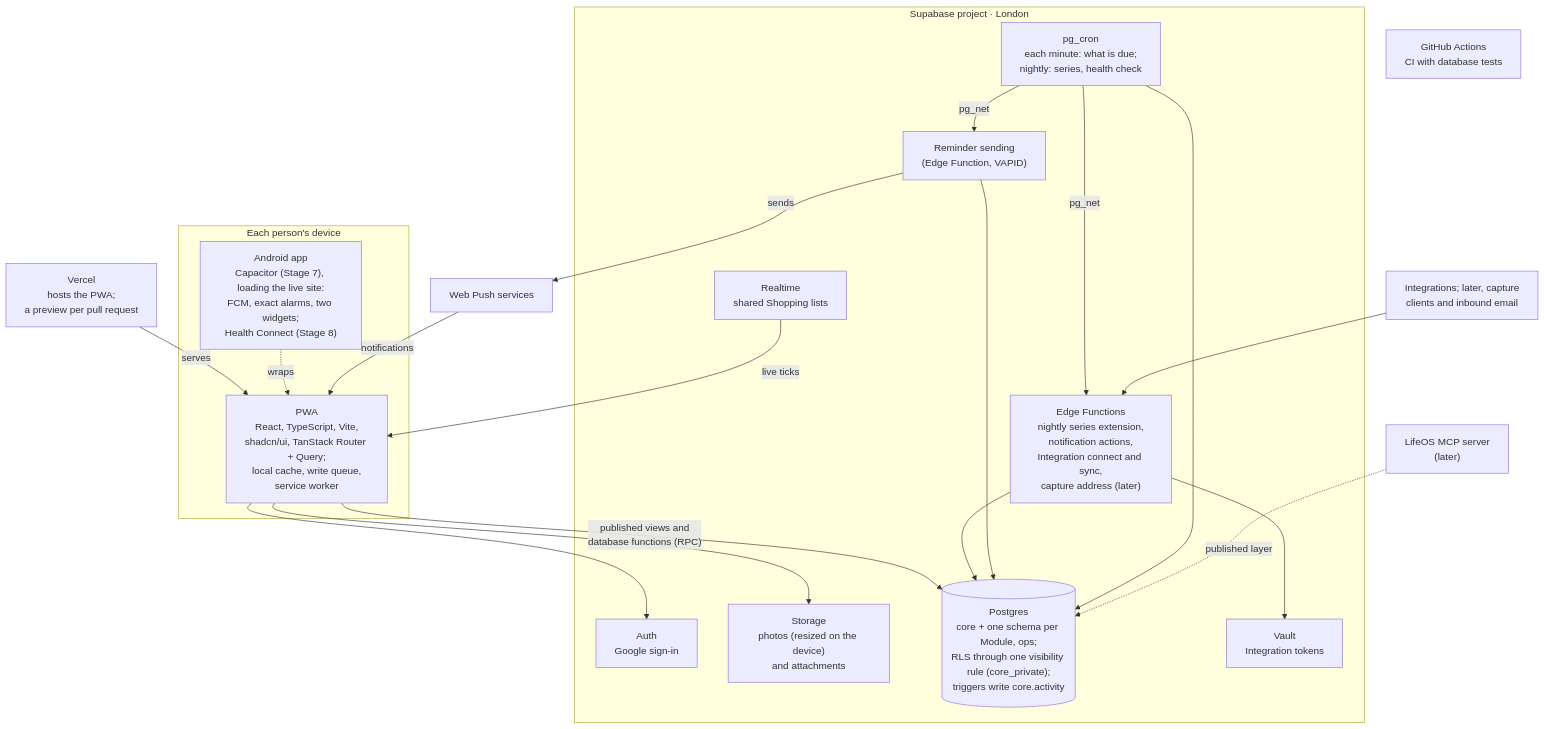
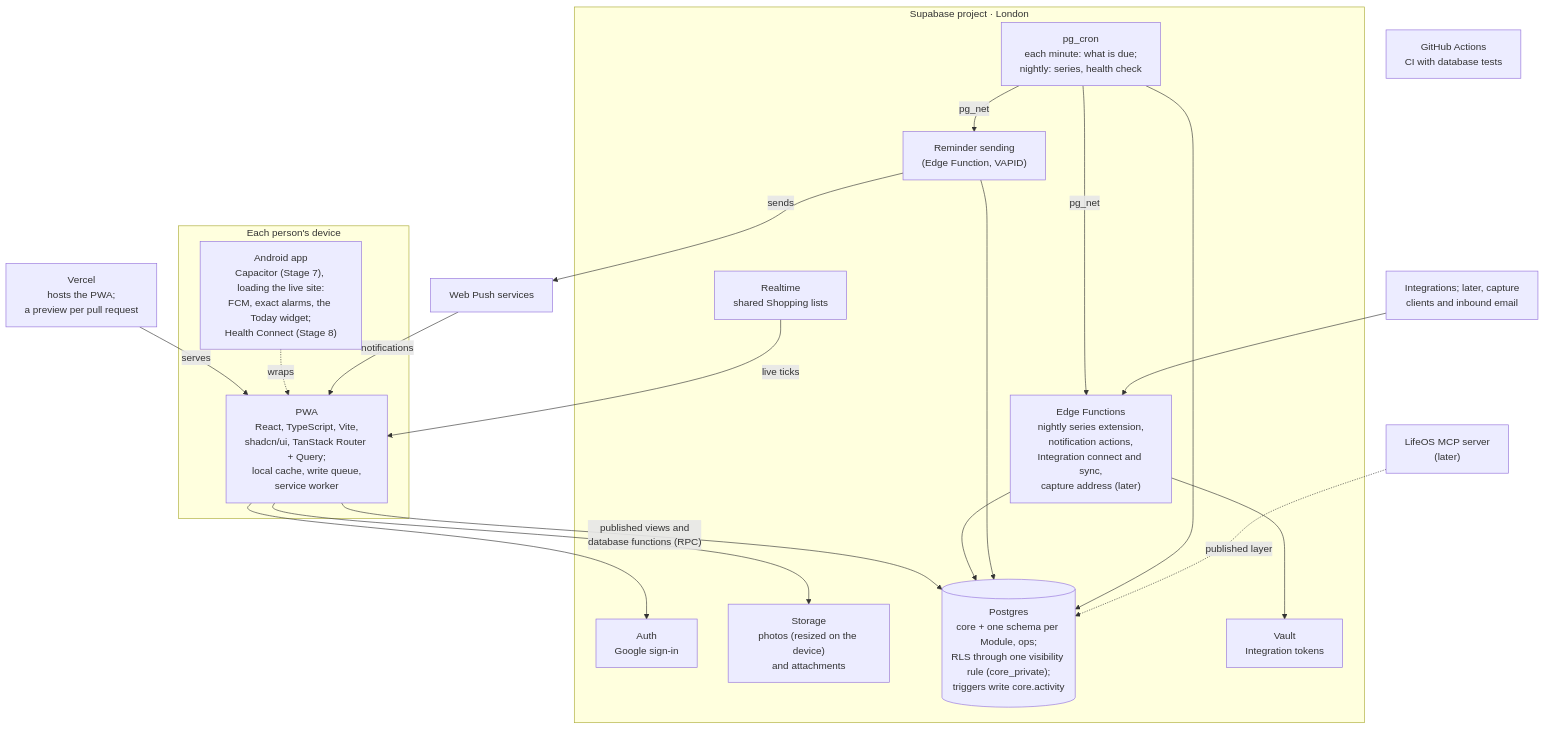
One commit to joestables/lifeos changed the second of 2 diagrams in docs/20-architecture/overview.md. Above: the diagram before and after it, drawn with Mermaid. The commit also changed 8 other files, not shown here.

First line of the commit message:
Stage 7: the Thought widget deferred; Today with "+"

````diff
--- a/docs/20-architecture/overview.md
+++ b/docs/20-architecture/overview.md
@@ -42,42 +42,42 @@
 ```mermaid
 flowchart TB
   vercel["Vercel<br/>hosts the PWA;<br/>a preview per pull request"]
   pushsvc["Web Push services"]
 
   subgraph device["Each person's device"]
     pwa["PWA<br/>React, TypeScript, Vite,<br/>shadcn/ui, TanStack Router + Query;<br/>local cache, write queue,<br/>service worker"]
-    android["Android app<br/>Capacitor (Stage 7), loading the live site:<br/>FCM, exact alarms, two widgets;<br/>Health Connect (Stage 8)"]
+    android["Android app<br/>Capacitor (Stage 7), loading the live site:<br/>FCM, exact alarms, the Today widget;<br/>Health Connect (Stage 8)"]
   end
 
   subgraph supabase["Supabase project · London"]
     auth["Auth<br/>Google sign-in"]
     storage["Storage<br/>photos (resized on the device)<br/>and attachments"]
     realtime["Realtime<br/>shared Shopping lists"]
     db[("Postgres<br/>core + one schema per Module, ops;<br/>RLS through one visibility rule (core_private);<br/>triggers write core.activity")]
     edge["Edge Functions<br/>nightly series extension,<br/>notification actions,<br/>Integration connect and sync,<br/>capture address (later)"]
     reminders["Reminder sending<br/>(Edge Function, VAPID)"]
     cron["pg_cron<br/>each minute: what is due;<br/>nightly: series, health check"]
     vault["Vault<br/>Integration tokens"]
   end
 
   outside["Integrations; later, capture<br/>clients and inbound email"]
   mcp["LifeOS MCP server<br/>(later)"]
   gha["GitHub Actions<br/>CI with database tests"]
 
   vercel -- "serves" --> pwa
   android -. "wraps" .-> pwa
   pushsvc -- "notifications" --> pwa
   pwa --> auth
   pwa --> storage
   realtime -- "live ticks" --> pwa
   pwa -- "published views and<br/>database functions (RPC)" --> db
   edge --> db
   edge --> vault
   reminders --> db
   reminders -- "sends" --> pushsvc
   cron --> db
   cron -- "pg_net" --> reminders
   cron -- "pg_net" --> edge
   outside --> edge
   mcp -. "published layer" .-> db
 ```
````
